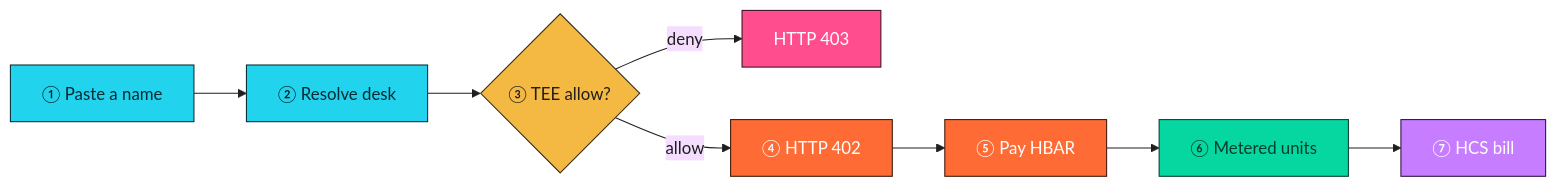
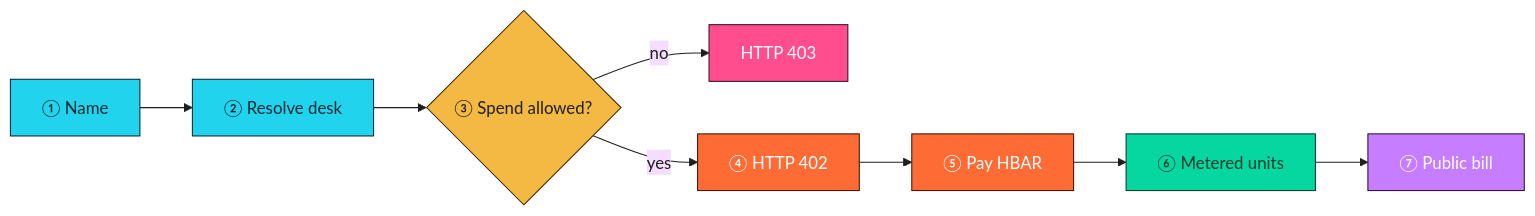
Before and after one commit to shreyas-sovani/Nametoll: the first of 2 diagrams in README.md, drawn with Mermaid. The commit also changed other lines of this file and 14 other files, not shown here.

````diff
--- a/README.md
+++ b/README.md
@@ -58,23 +58,23 @@
 ```mermaid
 %%{init: {"theme":"base","themeVariables":{"fontFamily":"ui-sans-serif","lineColor":"#1f1e1d","primaryTextColor":"#1f1e1d"}}}%%
 flowchart LR
-  A["① Paste a name"] --> B["② Resolve desk"]
-  B --> C{"③ TEE allow?"}
-  C -->|deny| D["HTTP 403"]
-  C -->|allow| E["④ HTTP 402"]
+  A["① Name"] --> B["② Resolve desk"]
+  B --> C{"③ Spend allowed?"}
+  C -->|no| D["HTTP 403"]
+  C -->|yes| E["④ HTTP 402"]
   E --> F["⑤ Pay HBAR"]
   F --> G["⑥ Metered units"]
-  G --> H["⑦ HCS bill"]
+  G --> H["⑦ Public bill"]
   classDef name fill:#22D3EE,stroke:#042A32,color:#042A32
   classDef tee fill:#F4B942,stroke:#3A2A08,color:#1f1e1d
   classDef stop fill:#FF4D8D,stroke:#3A1024,color:#fff
   classDef pay fill:#FF6B35,stroke:#3D1608,color:#fff
   classDef good fill:#06D6A0,stroke:#063D2C,color:#063D2C
   classDef bill fill:#C77DFF,stroke:#2A1040,color:#fff
   class A,B name
   class C tee
   class D stop
   class E,F pay
   class G good
   class H bill
 ```
````
